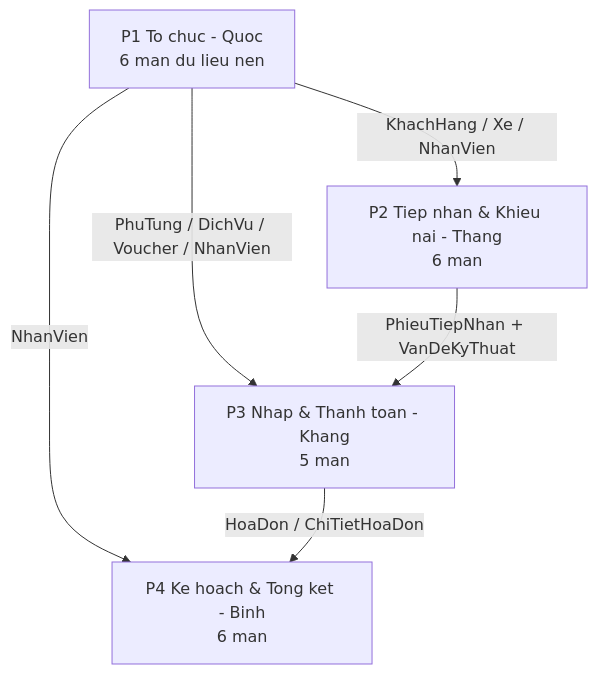
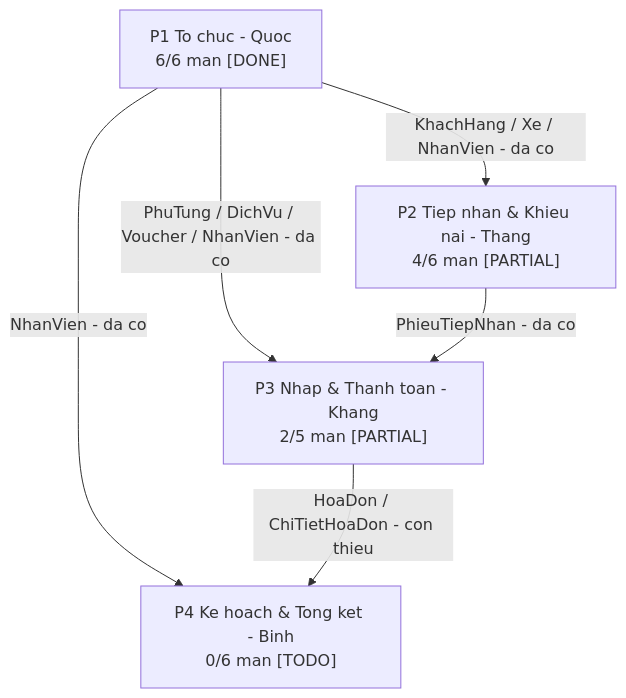
One commit to MaiTheHao/iuh-fall2026-ptud changed the first of 10 diagrams in assets/tasks/DGRAPH.md. Above: the diagram before and after it, drawn with Mermaid. The commit also changed other lines of this file and 5 other files, not shown here.

````diff
--- a/assets/tasks/DGRAPH.md
+++ b/assets/tasks/DGRAPH.md
@@ -15,13 +11,13 @@
 ```mermaid
 flowchart TD
-    p1["P1 To chuc - Quoc<br/>6 man du lieu nen"]
-    p2["P2 Tiep nhan & Khieu nai - Thang<br/>6 man"]
-    p3["P3 Nhap & Thanh toan - Khang<br/>5 man"]
-    p4["P4 Ke hoach & Tong ket - Binh<br/>6 man"]
+    p1["P1 To chuc - Quoc<br/>6/6 man [DONE]"]
+    p2["P2 Tiep nhan & Khieu nai - Thang<br/>4/6 man [PARTIAL]"]
+    p3["P3 Nhap & Thanh toan - Khang<br/>2/5 man [PARTIAL]"]
+    p4["P4 Ke hoach & Tong ket - Binh<br/>0/6 man [TODO]"]
 
-    p1 -->|"KhachHang / Xe / NhanVien"| p2
-    p1 -->|"PhuTung / DichVu / Voucher / NhanVien"| p3
-    p1 -->|"NhanVien"| p4
-    p2 -->|"PhieuTiepNhan + VanDeKyThuat"| p3
-    p3 -->|"HoaDon / ChiTietHoaDon"| p4
+    p1 -->|"KhachHang / Xe / NhanVien - da co"| p2
+    p1 -->|"PhuTung / DichVu / Voucher / NhanVien - da co"| p3
+    p1 -->|"NhanVien - da co"| p4
+    p2 -->|"PhieuTiepNhan - da co"| p3
+    p3 -->|"HoaDon / ChiTietHoaDon - con thieu"| p4
 ```
````
